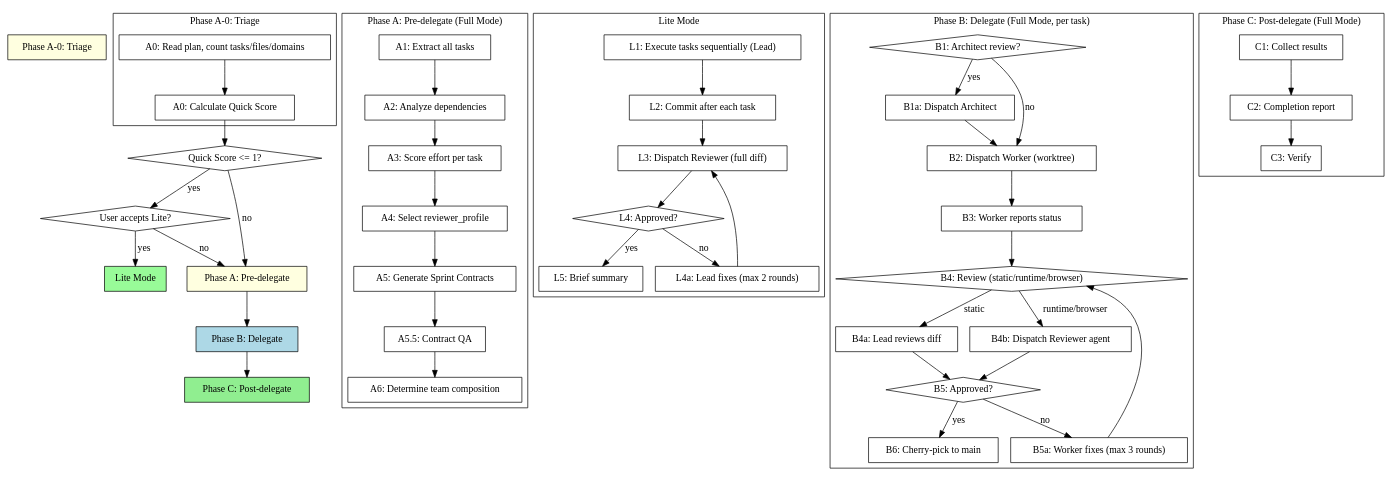
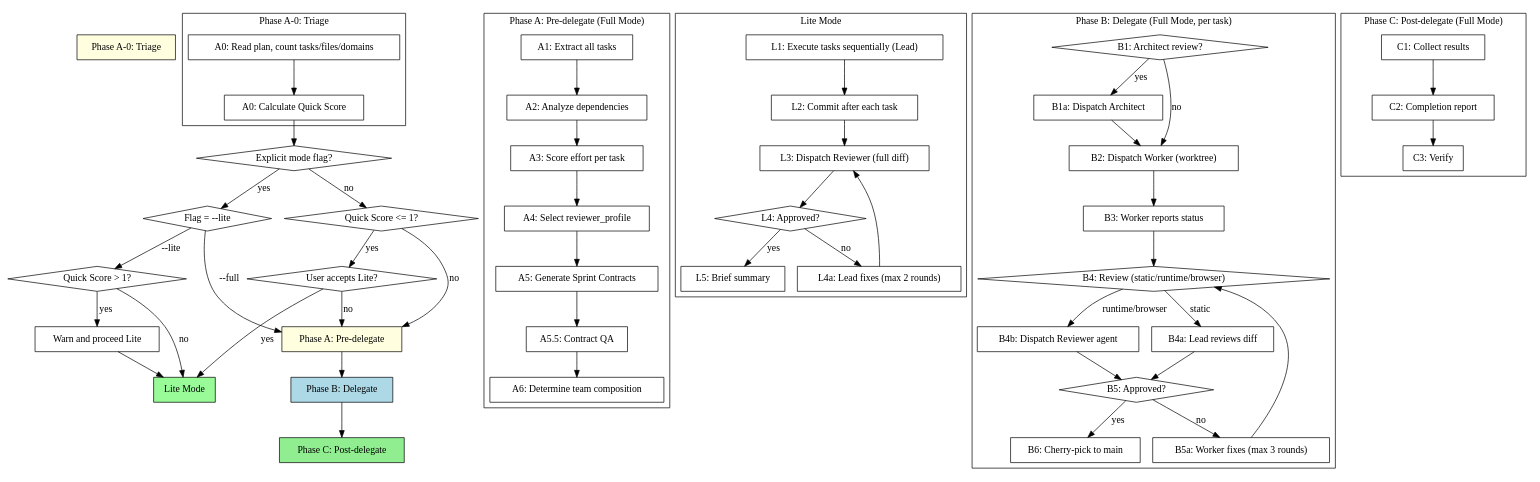
One commit to rat-siem/team-driven-development changed the second of 2 diagrams in skills/team-driven-development/SKILL.md. Above: the diagram before and after it, drawn with Graphviz. The commit also changed other lines of this file, not shown here.

Commit message:
feat: add --lite and --full mode selection flags to team-driven-development

```diff
--- a/skills/team-driven-development/SKILL.md
+++ b/skills/team-driven-development/SKILL.md
@@ -117,6 +128,10 @@
     rankdir=TB;
 
     "Phase A-0: Triage" [shape=box style=filled fillcolor=lightyellow];
+    "Explicit mode flag?" [shape=diamond];
+    "Flag = --lite" [shape=diamond];
+    "Quick Score > 1?" [shape=diamond];
+    "Warn and proceed Lite" [shape=box];
     "Quick Score <= 1?" [shape=diamond];
     "User accepts Lite?" [shape=diamond];
     "Lite Mode" [shape=box style=filled fillcolor=palegreen];
@@ -132,7 +147,14 @@
         "A0: Read plan, count tasks/files/domains" -> "A0: Calculate Quick Score";
     }
 
-    "A0: Calculate Quick Score" -> "Quick Score <= 1?";
+    "A0: Calculate Quick Score" -> "Explicit mode flag?";
+    "Explicit mode flag?" -> "Flag = --lite" [label="yes"];
+    "Explicit mode flag?" -> "Quick Score <= 1?" [label="no"];
+    "Flag = --lite" -> "Quick Score > 1?" [label="--lite"];
+    "Flag = --lite" -> "Phase A: Pre-delegate" [label="--full"];
+    "Quick Score > 1?" -> "Warn and proceed Lite" [label="yes"];
+    "Quick Score > 1?" -> "Lite Mode" [label="no"];
+    "Warn and proceed Lite" -> "Lite Mode";
     "Quick Score <= 1?" -> "User accepts Lite?" [label="yes"];
     "Quick Score <= 1?" -> "Phase A: Pre-delegate" [label="no"];
     "User accepts Lite?" -> "Lite Mode" [label="yes"];
```
